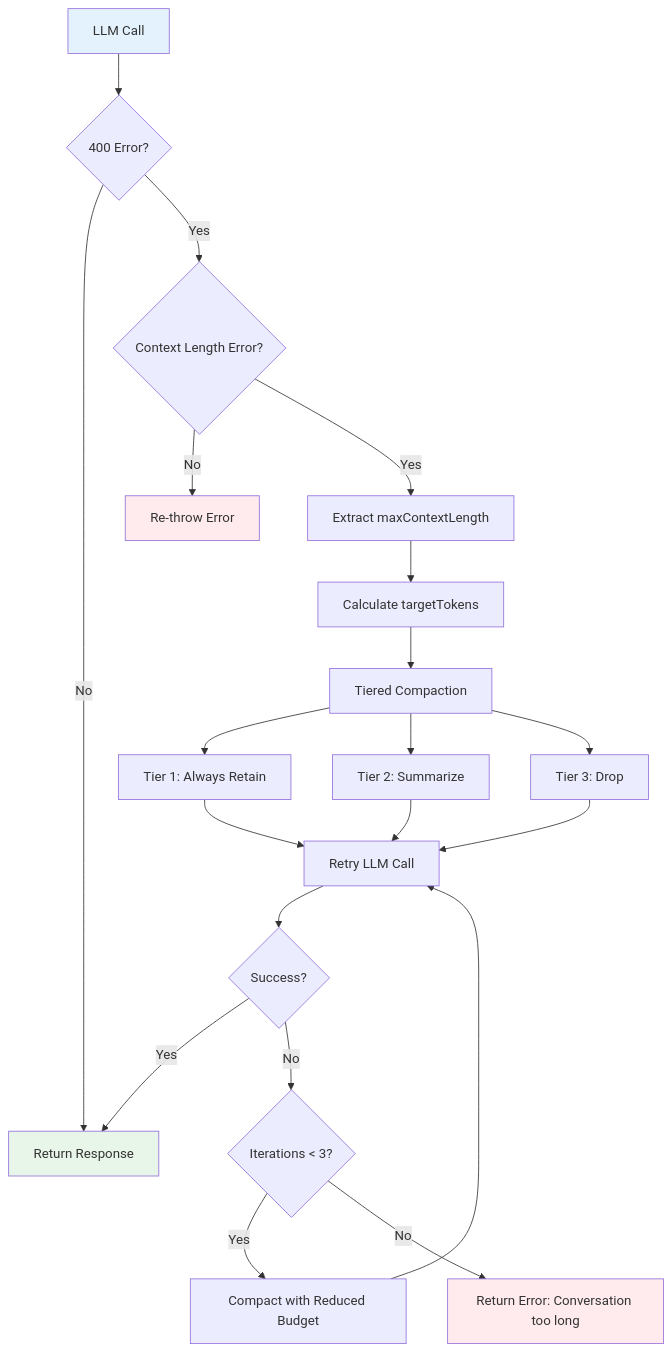
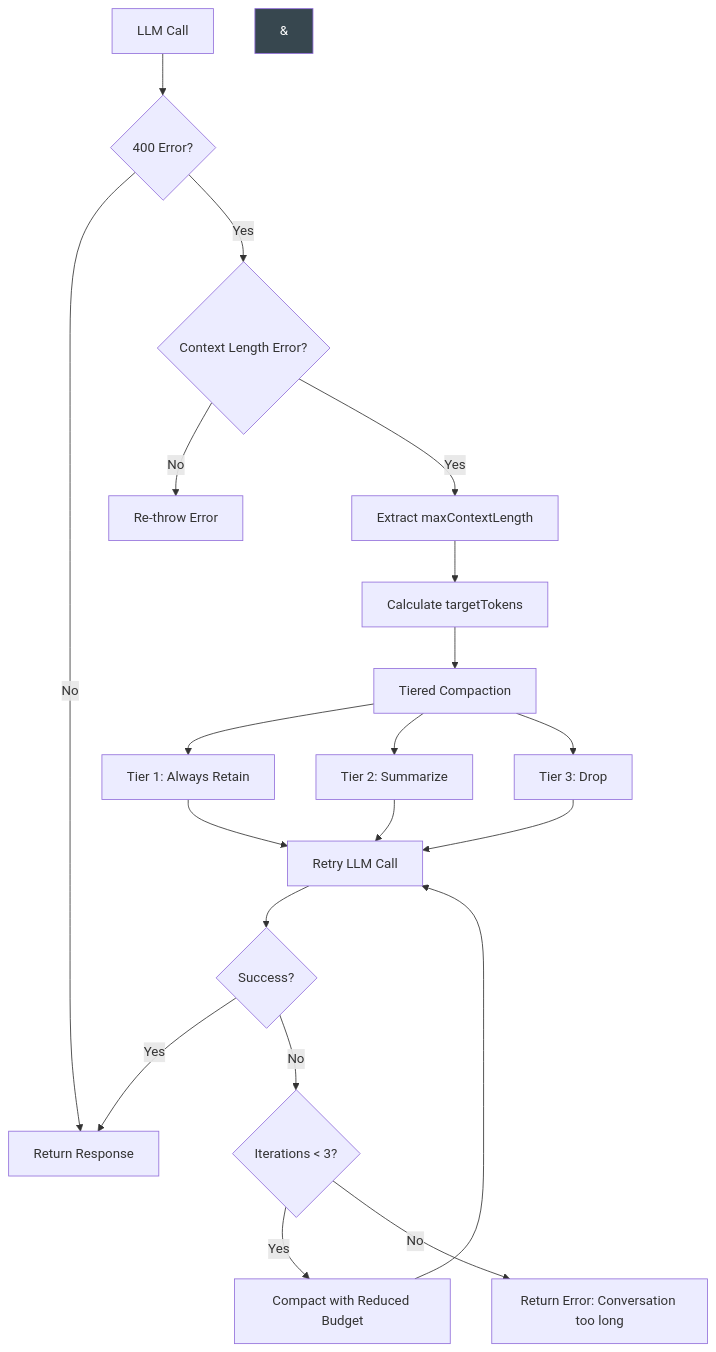
Before and after one commit to avoidwork/madz: the fifth of 5 diagrams in docs/OVERVIEW.md, drawn with Mermaid. The commit also changed other lines of this file, not shown here.

Commit message:
docs: standardize mermaid chart backgrounds to dark grey

````diff
--- a/docs/OVERVIEW.md
+++ b/docs/OVERVIEW.md
@@ -464,27 +464,27 @@
 ```mermaid
 flowchart TD
     A[LLM Call] --> B{400 Error?}
     B -->|No| C[Return Response]
     B -->|Yes| D{Context Length Error?}
     D -->|No| E[Re-throw Error]
     D -->|Yes| F[Extract maxContextLength]
     F --> G[Calculate targetTokens]
     G --> H[Tiered Compaction]
     H --> I[Tier 1: Always Retain]
     H --> J[Tier 2: Summarize]
     H --> K[Tier 3: Drop]
     I --> L[Retry LLM Call]
     J --> L
     K --> L
     L --> M{Success?}
     M -->|Yes| C
     M -->|No| N{Iterations < 3?}
     N -->|Yes| O[Compact with Reduced Budget]
     O --> L
     N -->|No| P[Return Error: Conversation too long]
 
-    style A fill:#e3f2fd
-    style C fill:#e8f5e9
-    style P fill:#ffebee
-    style E fill:#ffebee
+    style & fill:#37474f,color:#fff
+    style & fill:#37474f,color:#fff
+    style & fill:#37474f,color:#fff
+    style & fill:#37474f,color:#fff
 ```
````
